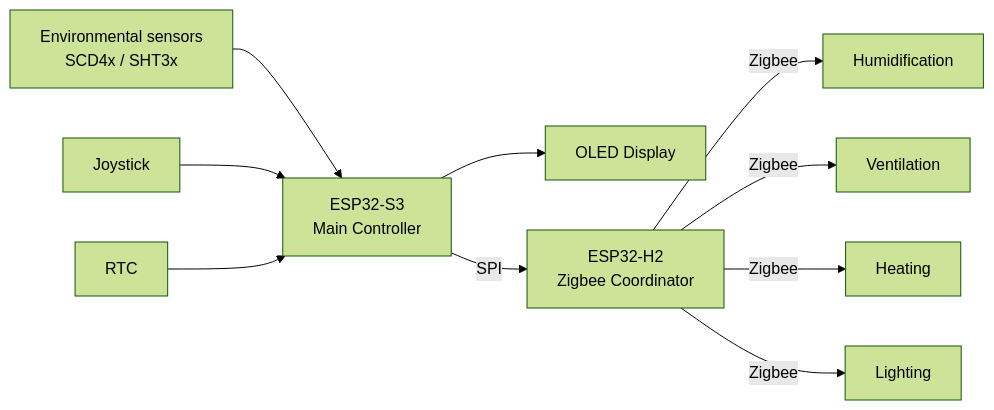
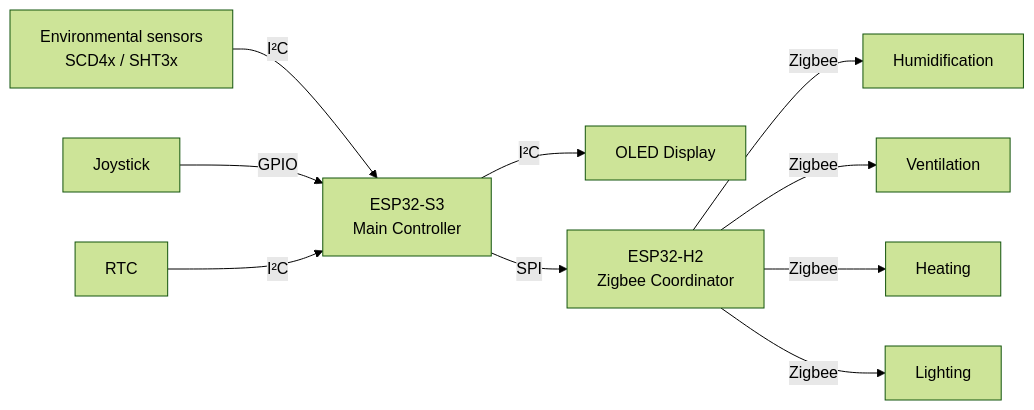
Before and after one commit to Moffefe/MycoBox: the diagram in README.md, drawn with Mermaid (forest theme).

Commit message:
docs: label hardware interfaces in architecture diagram

````diff
--- a/README.md
+++ b/README.md
@@ -158,28 +158,28 @@
 ```mermaid
 flowchart LR
     SENSOR["Environmental sensors<br>SCD4x / SHT3x"]
     JOYSTICK["Joystick"]
     RTC["RTC"]
 
     S3["ESP32-S3<br>Main Controller"]
     DISPLAY["OLED Display"]
 
     H2["ESP32-H2<br>Zigbee Coordinator"]
 
     HUM["Humidification"]
     FAN["Ventilation"]
     HEAT["Heating"]
     LIGHT["Lighting"]
 
-    SENSOR --> S3
-    JOYSTICK --> S3
-    RTC --> S3
-    S3 --> DISPLAY
+    SENSOR -->|I²C| S3
+    JOYSTICK -->|GPIO| S3
+    RTC -->|I²C| S3
+    S3 -->|I²C| DISPLAY
 
     S3 -->|SPI| H2
 
     H2 -->|Zigbee| HUM
     H2 -->|Zigbee| FAN
     H2 -->|Zigbee| HEAT
     H2 -->|Zigbee| LIGHT
 ```
````
